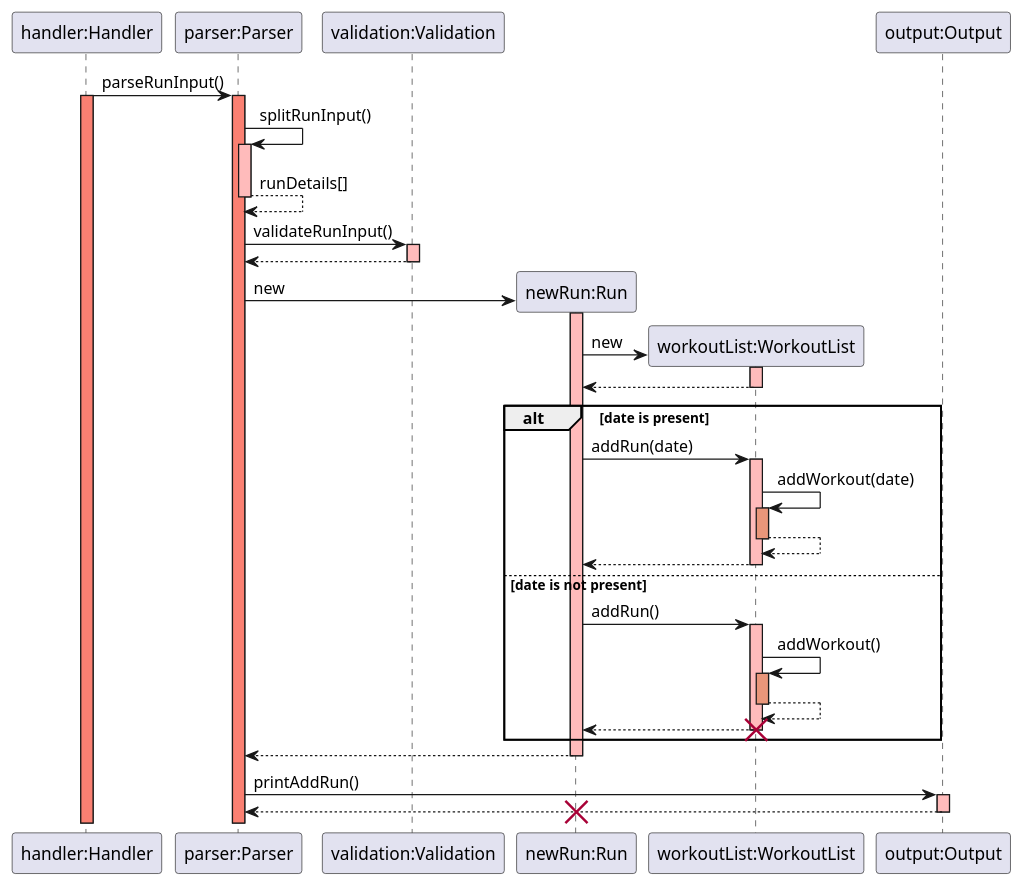
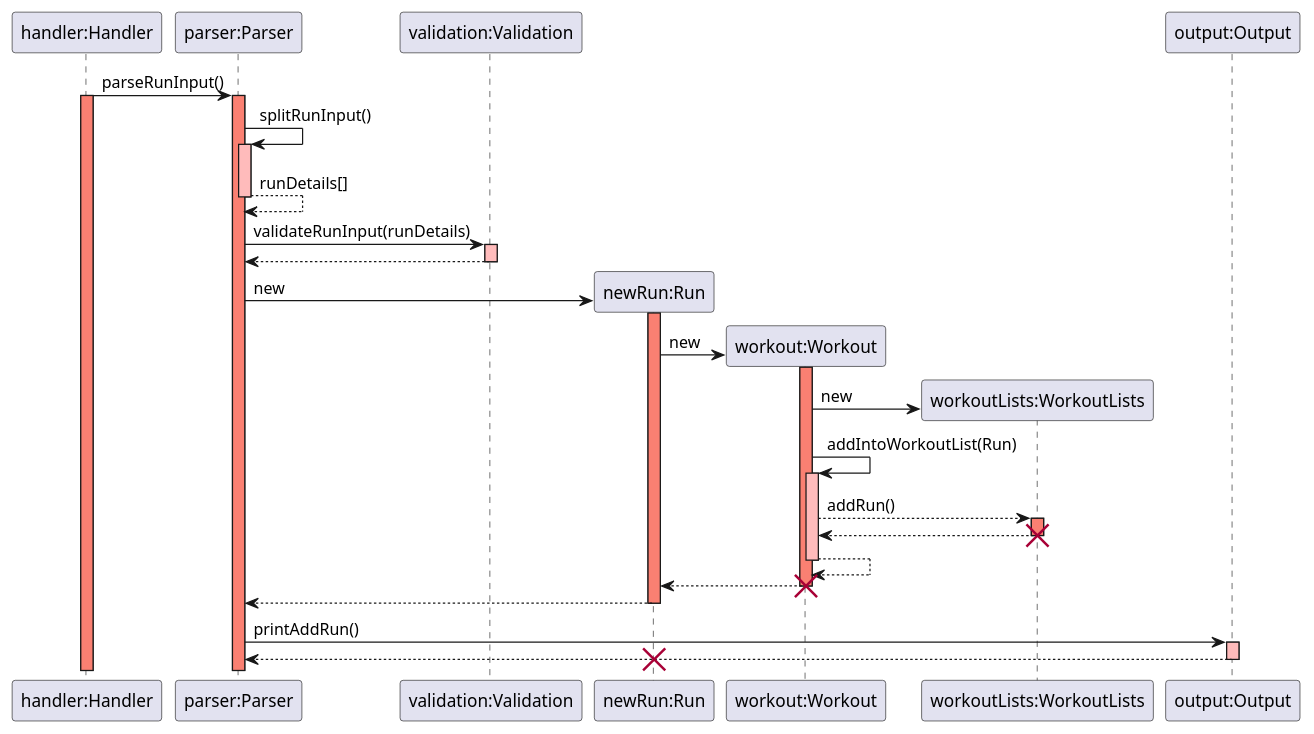
Before and after one commit to rouvinerh/tp: the diagram in docs/puml/sequence_diagrams/run_sequence_diagram.puml, drawn with PlantUML. The commit also changed 6 other files, not shown here.

```diff
--- a/docs/puml/sequence_diagrams/run_sequence_diagram.puml
+++ b/docs/puml/sequence_diagrams/run_sequence_diagram.puml
@@ -1,62 +1,51 @@
 @startuml
 skinparam sequenceReferenceBackgroundColor lightblue
 
 participant "handler:Handler" as Handler
 
 participant "parser:Parser" as Parser
 participant "validation:Validation" as Validation
 participant "newRun:Run" as Run
-participant "workoutList:WorkoutList" as WorkoutList
+participant "workout:Workout" as Workout
+participant "workoutLists:WorkoutLists" as WorkoutLists
 participant "output:Output" as Output
 
 Handler -> Parser: parseRunInput()
 activate Handler #salmon
 activate Parser #salmon
 
 Parser -> Parser: splitRunInput()
 activate Parser #FFBBBB
 Parser --> Parser: runDetails[]
 deactivate Parser #FFBBBB
 
-Parser -> Validation: validateRunInput()
+Parser -> Validation: validateRunInput(runDetails)
 activate Validation #FFBBBB
 Validation --> Parser: 
 deactivate Validation
 
 Parser -> Run **: new
-activate Run #FFBBBB   
-Run -> WorkoutList **: new
-activate WorkoutList #FFBBBB
-WorkoutList --> Run:
-deactivate WorkoutList #FFBBBB
+activate Run #salmon
+Run -> Workout **: new
+activate Workout #salmon
 
-alt date is present
-    Run -> WorkoutList: addRun(date)
-    activate WorkoutList #FFBBBB
-    WorkoutList -> WorkoutList: addWorkout(date)
-    activate WorkoutList #DarkSalmon
-    WorkoutList --> WorkoutList:
-    deactivate WorkoutList #DarkSalmon
-    WorkoutList --> Run:
-    deactivate WorkoutList #FFBBBB
+Workout -> WorkoutLists **: new
+Workout -> Workout: addIntoWorkoutList(Run)
+activate Workout #FFBBBB
+Workout --> WorkoutLists: addRun()
+activate WorkoutLists #salmon
+WorkoutLists --> Workout: 
+destroy WorkoutLists
+Workout --> Workout:
+deactivate Workout #FFBBBB
+Workout --> Run:
+destroy Workout
 
- 
-else date is not present
-    Run -> WorkoutList: addRun()
-    activate WorkoutList #FFBBBB
-    WorkoutList -> WorkoutList: addWorkout()
-    activate WorkoutList #DarkSalmon
-    WorkoutList --> WorkoutList:
-    deactivate WorkoutList #DarkSalmon
-    WorkoutList --> Run:
-    deactivate WorkoutList #FFBBBB
-    destroy WorkoutList
-end
 Run --> Parser:
 deactivate Run #FFBBBB
 Parser -> Output: printAddRun()
 activate Output #FFBBBB
 Output --> Parser:
 deactivate Output #FFBBBB
 destroy Run
 @enduml
```
